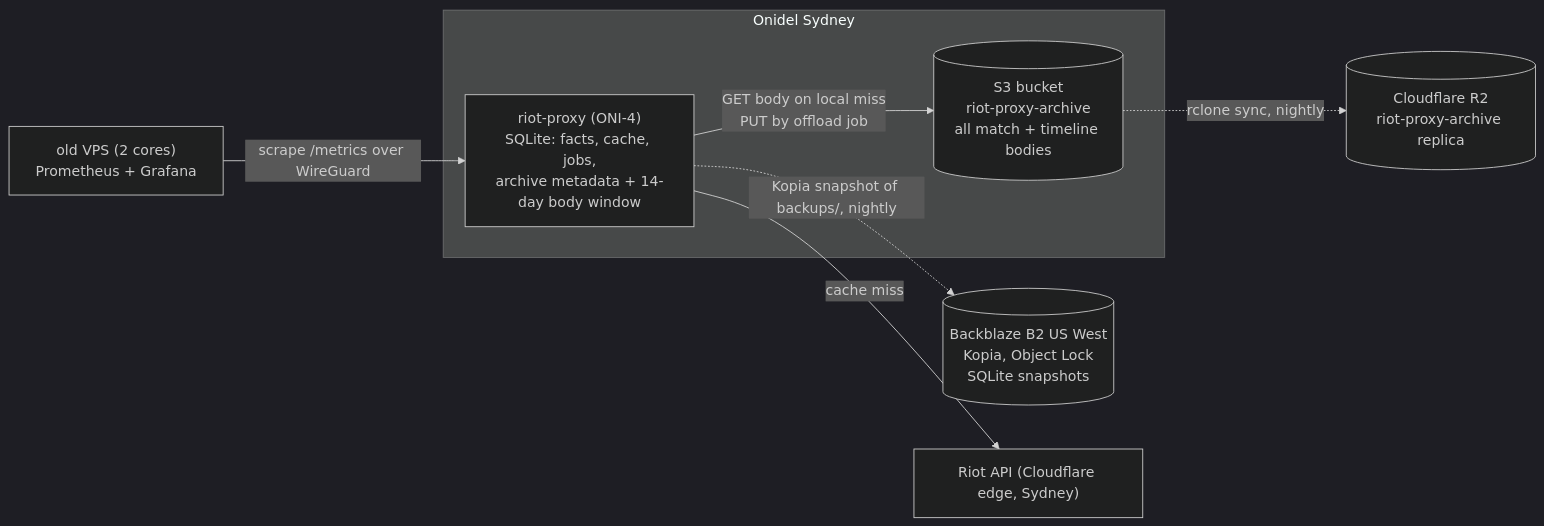
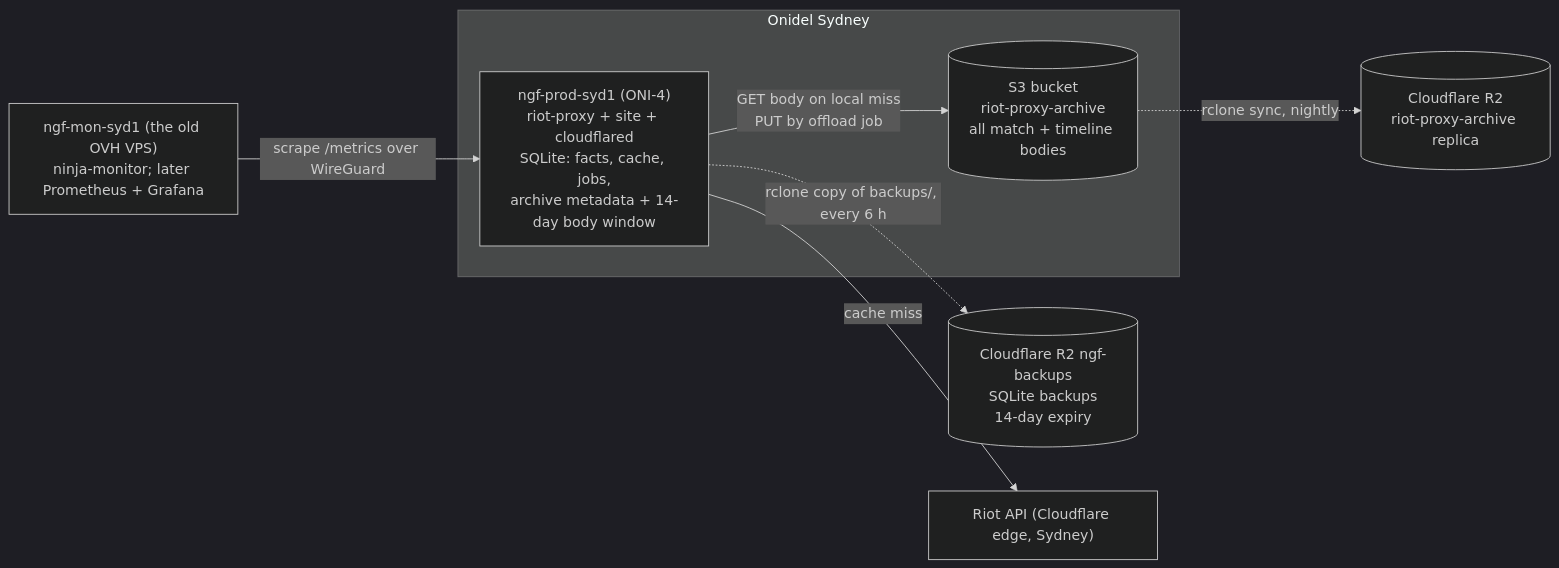
The diagram in docs/design/12-object-storage-and-hosting.md (NinjaGoldfinch/riot-proxy), drawn with Mermaid (dark theme) before and after one commit. The commit also changed other lines of this file and 5 other files, not shown here.

````diff
--- a/docs/design/12-object-storage-and-hosting.md
+++ b/docs/design/12-object-storage-and-hosting.md
@@ -54,16 +56,16 @@
 ```mermaid
 flowchart LR
     subgraph syd["Onidel Sydney"]
-        app["riot-proxy (ONI-4)<br/>SQLite: facts, cache, jobs,<br/>archive metadata + 14-day body window"]
+        app["ngf-prod-syd1 (ONI-4)<br/>riot-proxy + site + cloudflared<br/>SQLite: facts, cache, jobs,<br/>archive metadata + 14-day body window"]
         bucket[("S3 bucket<br/>riot-proxy-archive<br/>all match + timeline bodies")]
         app -- "GET body on local miss<br/>PUT by offload job" --> bucket
     end
     r2[("Cloudflare R2<br/>riot-proxy-archive replica")]
-    b2[("Backblaze B2 US West<br/>Kopia, Object Lock<br/>SQLite snapshots")]
-    old["old VPS (2 cores)<br/>Prometheus + Grafana"]
+    b2[("Cloudflare R2 ngf-backups<br/>SQLite backups<br/>14-day expiry")]
+    old["ngf-mon-syd1 (the old OVH VPS)<br/>ninja-monitor; later Prometheus + Grafana"]
     bucket -. "rclone sync, nightly" .-> r2
-    app -. "Kopia snapshot of backups/, nightly" .-> b2
+    app -. "rclone copy of backups/, every 6 h" .-> b2
     old -- "scrape /metrics over WireGuard" --> app
     riot["Riot API (Cloudflare edge, Sydney)"]
     app -- "cache miss" --> riot
 ```
````
